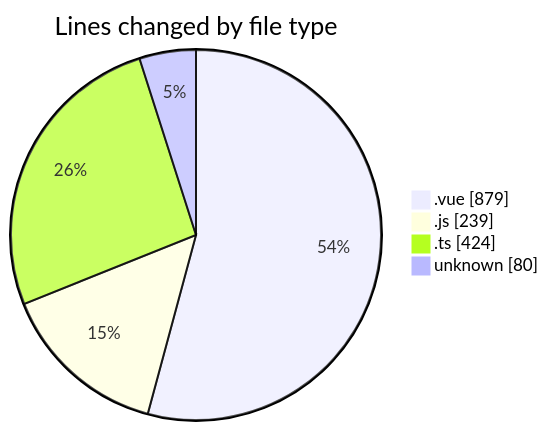
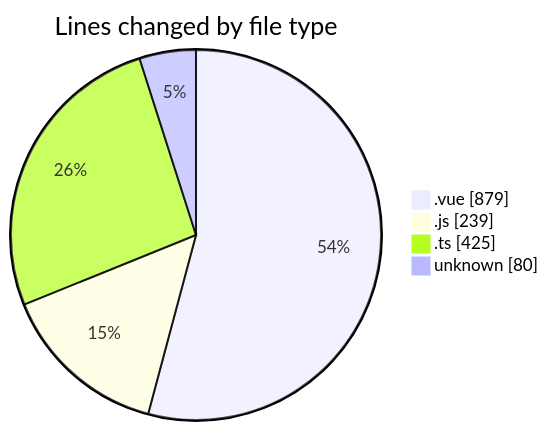
Before and after one commit to lephambinh05/code-tracking: the first of 2 diagrams in 2025-08-11/rentotp/README.md, drawn with Mermaid. The commit also changed other lines of this file and 1 other file, not shown here.

````diff
--- a/2025-08-11/rentotp/README.md
+++ b/2025-08-11/rentotp/README.md
@@ -31,8 +31,8 @@
 ```mermaid
 pie showData
 title Lines changed by file type
 ".vue" : 879
 ".js" : 239
-".ts" : 424
+".ts" : 425
 "unknown" : 80
 ```
````
